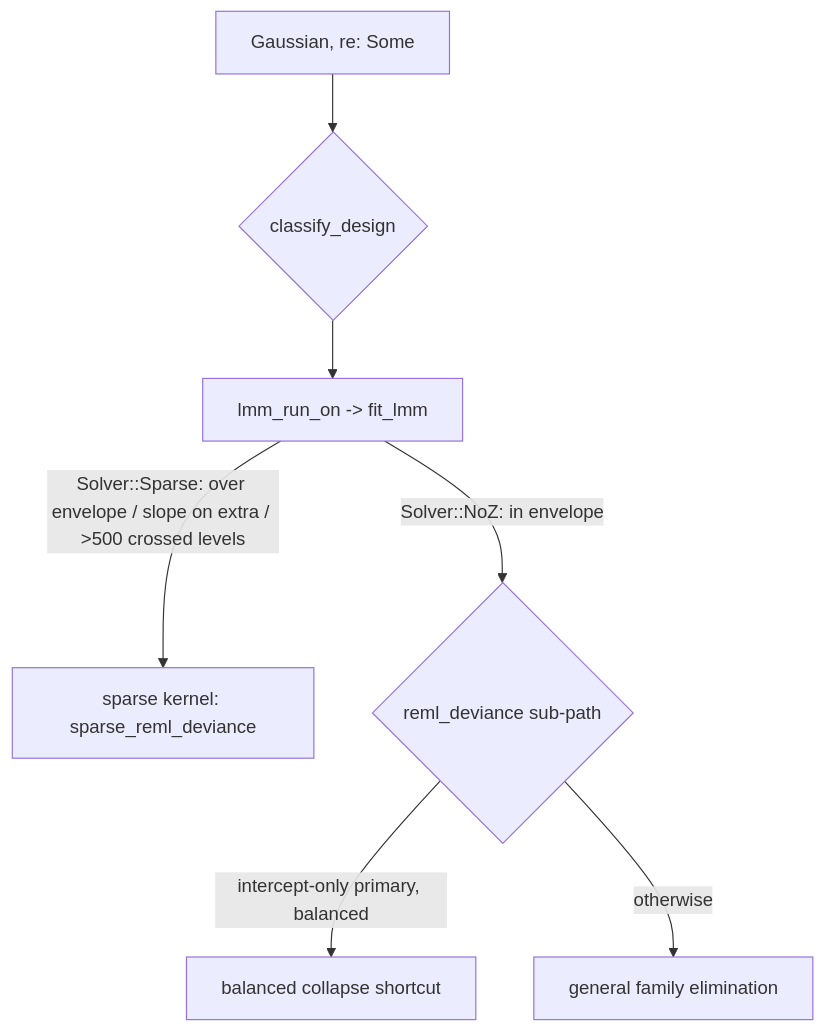
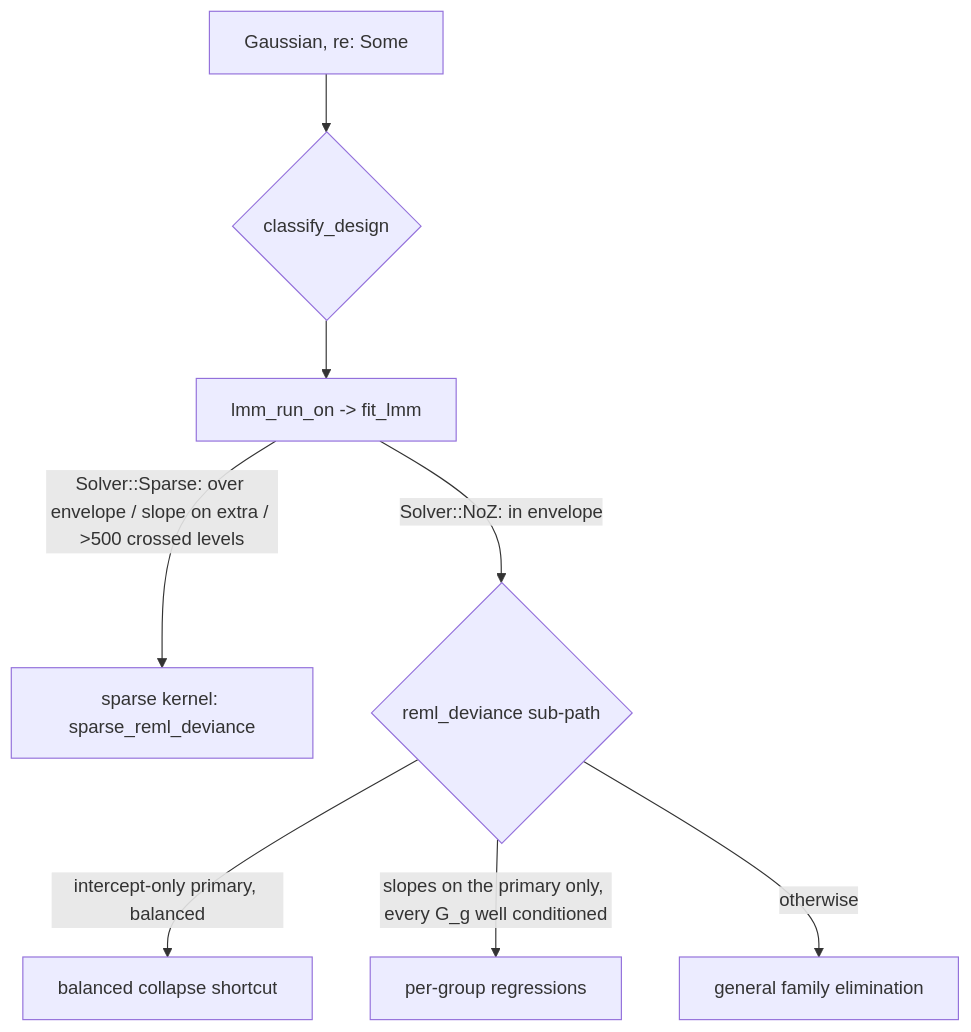
One commit to pawlenartowicz/glmm changed the diagram in documentation/algorithms-lmm.md. Above: the diagram before and after it, drawn with Mermaid. The commit also changed other lines of this file and 106 other files, not shown here.

````diff
--- a/documentation/algorithms-lmm.md
+++ b/documentation/algorithms-lmm.md
@@ -69,9 +72,10 @@
 ```mermaid
 flowchart TD
     A["Gaussian, re: Some"] --> B{"classify_design"}
     B --> N["lmm_run_on -> fit_lmm"]
     N -->|"Solver::Sparse: over envelope / slope on extra / >500 crossed levels"| S["sparse kernel: sparse_reml_deviance"]
     N -->|"Solver::NoZ: in envelope"| C{"reml_deviance sub-path"}
     C -->|"intercept-only primary, balanced"| CO["balanced collapse shortcut"]
+    C -->|"slopes on the primary only, every G_g well conditioned"| PG["per-group regressions"]
     C -->|"otherwise"| GP["general family elimination"]
 ```
````
